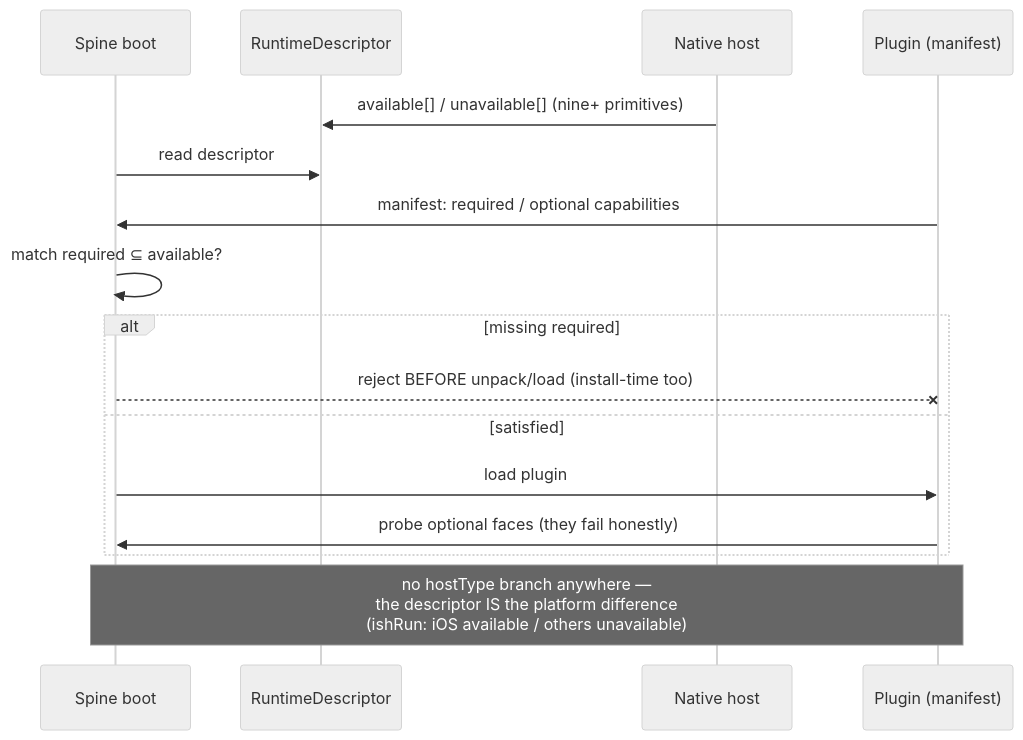
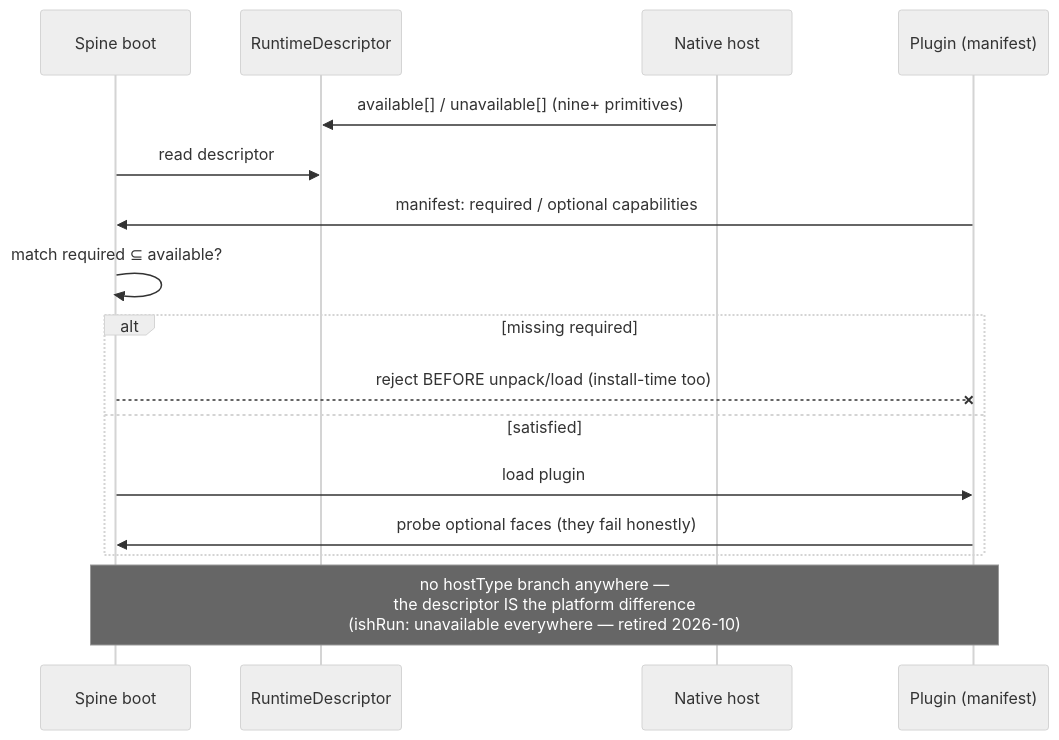
The fourth of 11 diagrams in doc/sequence-diagrams.md (Lixiang9716/def), drawn with Mermaid (neutral theme) before and after one commit. The commit also changed other lines of this file and 68 other files, not shown here.

First line of the commit message:
chore(ish): retire the engine, the CI escape hatches, and the honest-unavailable posture (PR-3)

````diff
--- a/doc/sequence-diagrams.md
+++ b/doc/sequence-diagrams.md
@@ -78,19 +78,19 @@
 ```mermaid
 sequenceDiagram
     participant S as Spine boot
     participant D as RuntimeDescriptor
     participant N as Native host
     participant P as Plugin (manifest)
 
     N->>D: available[] / unavailable[] (nine+ primitives)
     S->>D: read descriptor
     P->>S: manifest: required / optional capabilities
     S->>S: match required ⊆ available?
     alt missing required
         S--xP: reject BEFORE unpack/load (install-time too)
     else satisfied
         S->>P: load plugin
         P->>S: probe optional faces (they fail honestly)
     end
-    Note over S,P: no hostType branch anywhere —<br/>the descriptor IS the platform difference<br/>(ishRun: iOS available / others unavailable)
+    Note over S,P: no hostType branch anywhere —<br/>the descriptor IS the platform difference<br/>(ishRun: unavailable everywhere — retired 2026-10)
 ```
````
